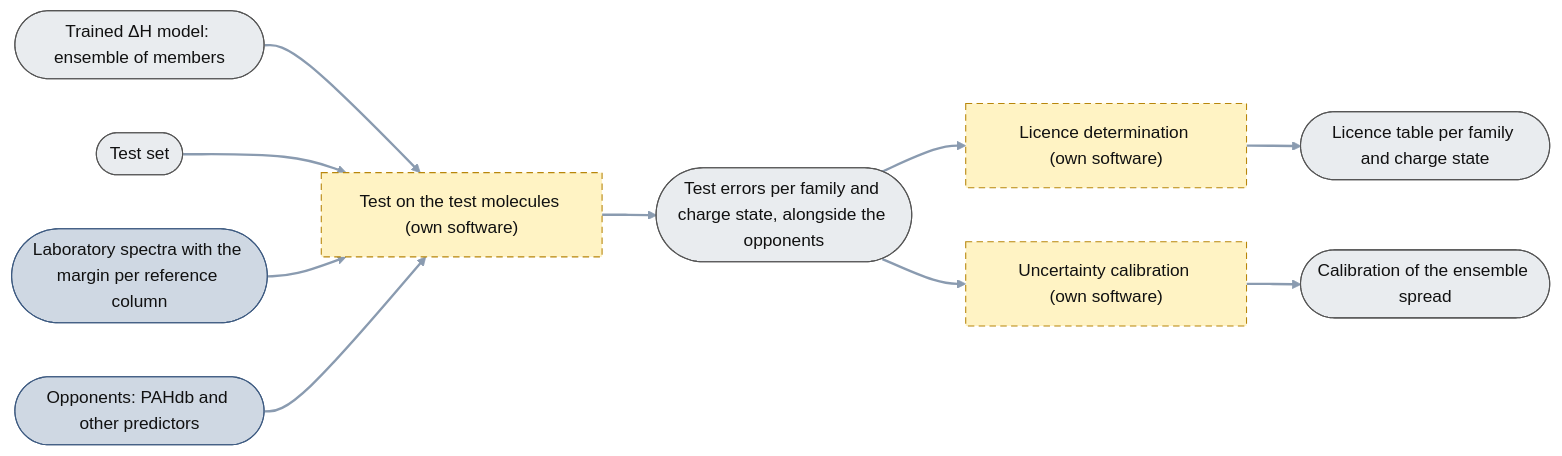
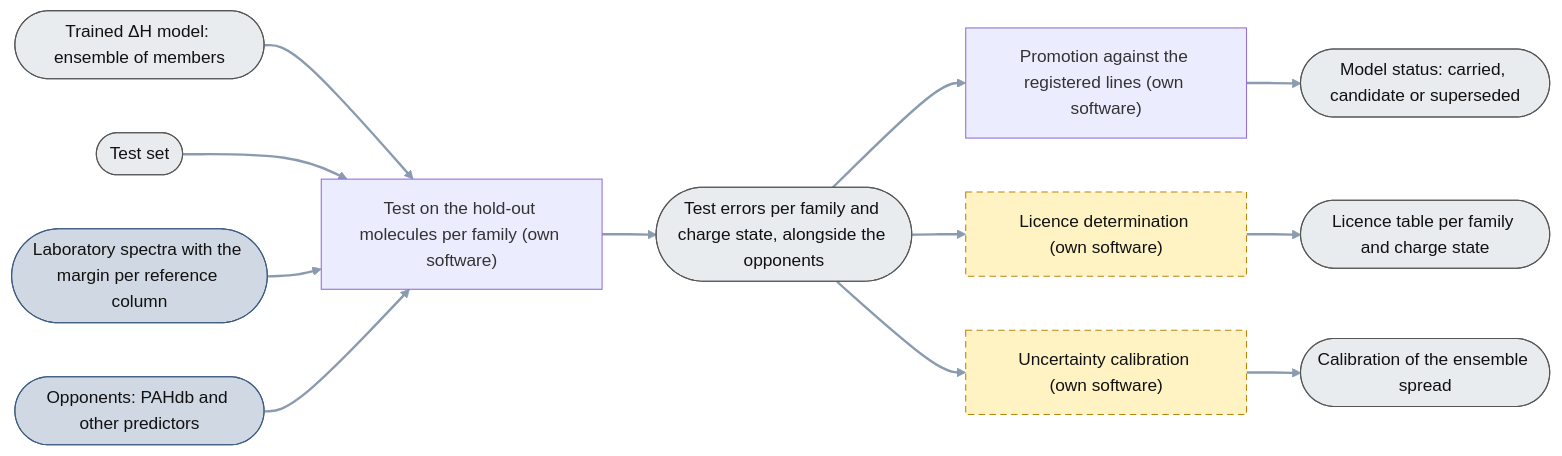
The diagram in plans/05_delta-probed-ir-pipeline/GoalGathering/architecture/70_test_and_licence.mmd (thebreadishard/udacity-capstone-plan), drawn with Mermaid before and after one commit. The commit also changed 9 other files, not shown here.

```diff
--- a/plans/05_delta-probed-ir-pipeline/GoalGathering/architecture/70_test_and_licence.mmd
+++ b/plans/05_delta-probed-ir-pipeline/GoalGathering/architecture/70_test_and_licence.mmd
@@ -1,26 +1,31 @@
-%% Test and licence (level 3b): from the trained ΔH model and the test set come the licence table and the calibration that the spectrum pipeline uses alongside the trained model. The model's weights do not change here. Target architecture; not built yet.
+%% Test and licence (level 3b): from the trained ΔH model and the test set come the licence table and the calibration that the spectrum pipeline uses alongside the trained model. The model's weights no longer change here.
 %% Rectangle = process step (operation + software); rounded ends = data object (the thing). Every step yields one data object. Dashed = not built yet.
+%% 7 October 2026: the test per family on the fixed hold-outs (analytic labels where they exist) and the promotion of a model against lines registered before
+%% its run are built; the licence table, the calibration and the score against laboratory spectra and opponents are not yet.
 flowchart LR
   linkStyle default stroke:#8a9bb0,stroke-width:2.2px
   classDef planned stroke-dasharray: 6 4,stroke:#b8860b,fill:#fff3c4,color:#111
   classDef data fill:#e9ecef,stroke:#555,color:#111
   classDef ext fill:#cfd8e3,stroke:#3d5a80,color:#111
 
   ENS(["Trained ΔH model: ensemble of members"]):::data
   TESTSET(["Test set"]):::data
   LABDB(["Laboratory spectra with the margin per reference column"]):::ext
   PAHDB(["Opponents: PAHdb and other predictors"]):::ext
-  TEST["Test on the test molecules (own software)"]:::planned
+  TEST["Test on the hold-out molecules per family (own software)"]
   TESTR(["Test errors per family and charge state, alongside the opponents"]):::data
+  PROMO["Promotion against the registered lines (own software)"]
+  STAT(["Model status: carried, candidate or superseded"]):::data
   LIC["Licence determination (own software)"]:::planned
   LICT(["Licence table per family and charge state"]):::data
   CAL["Uncertainty calibration (own software)"]:::planned
   CALR(["Calibration of the ensemble spread"]):::data
 
   ENS --> TEST
   TESTSET --> TEST
   LABDB --> TEST
   PAHDB --> TEST
   TEST --> TESTR
+  TESTR --> PROMO --> STAT
   TESTR --> LIC --> LICT
   TESTR --> CAL --> CALR
```
